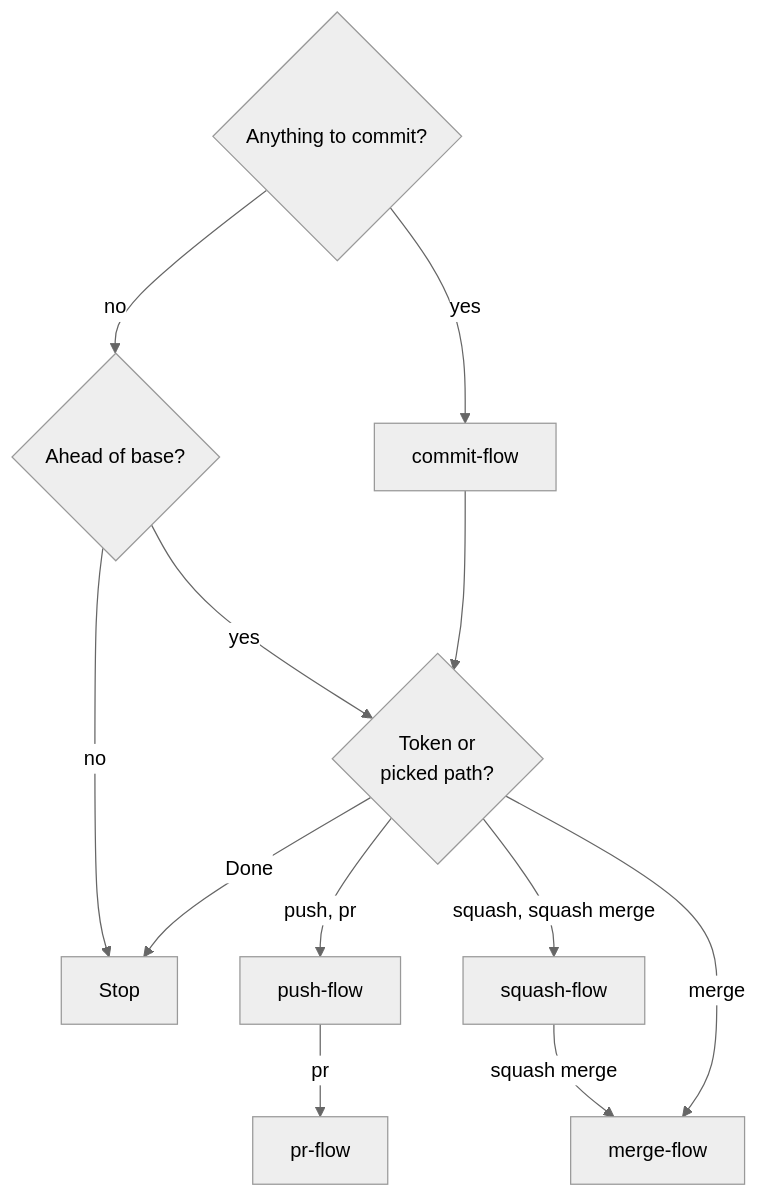
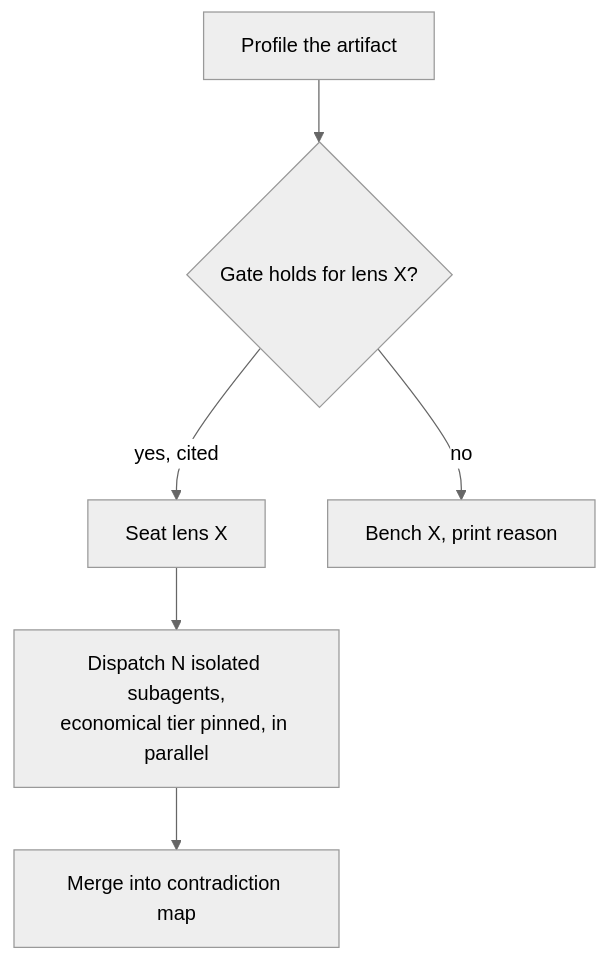
One commit to damusix/atomic-claude changed diagram 12 of 12 in docs/wiki/workflow.md. Above: the diagram before and after it, drawn with Mermaid (neutral theme). The commit also changed other lines of this file and 795 other files, not shown here.

````diff
--- a/docs/wiki/workflow.md
+++ b/docs/wiki/workflow.md
@@ -349,15 +326,8 @@
 ```mermaid
 flowchart TD
-    %% source: context/commands/commit.md, context/_partials/push-flow.md, squash-flow.md, merge-flow.md
-    A{"Anything to commit?"} -->|yes| K["commit-flow"]
-    A -->|no| H{"Ahead of base?"}
-    H -->|no| X["Stop"]
-    H -->|yes| T{"Token or<br/>picked path?"}
-    K --> T
-    T -->|push, pr| P["push-flow"]
-    P -->|pr| PR["pr-flow"]
-    T -->|squash, squash merge| S["squash-flow"]
-    S -->|squash merge| M["merge-flow"]
-    T -->|merge| M
-    T -->|Done| X
+    P["Profile the artifact"] --> G{"Gate holds for lens X?"}
+    G -->|yes, cited| S["Seat lens X"]
+    G -->|no| B["Bench X, print reason"]
+    S --> D["Dispatch N isolated subagents,<br/>economical tier pinned, in parallel"]
+    D --> M["Merge into contradiction map"]
 ```
````
